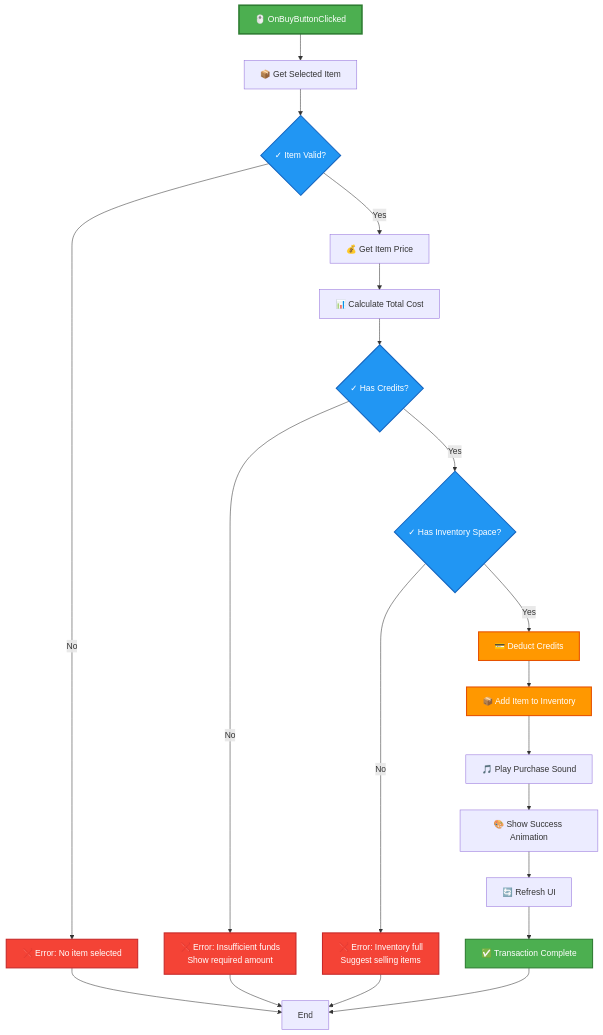
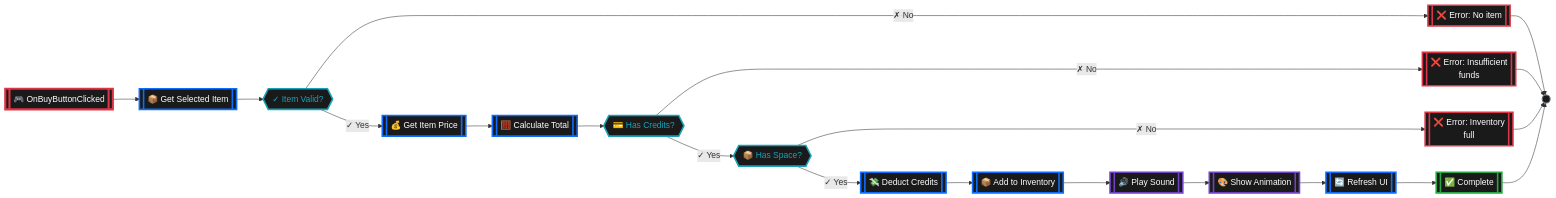
One commit to Mittenzx/Adastrea changed the second of 9 diagrams in BLUEPRINT_DISPLAY_EXAMPLES.md. Above: the diagram before and after it, drawn with Mermaid. The commit also changed other lines of this file and 2 other files, not shown here.

Commit message:
Update Mermaid diagrams with Unreal Engine node styling
- Dark background (#1a1a1a) for authentic Unreal appearance
- Color-coded borders matching UE Blueprint colors:
  * Red (#DC3545) for Events with 4px thick borders
  * Blue (#0d6efd) for Functions
  * Cyan (#17a2b8) for Branches/Decisions
  * Teal (#20c997) for Loops
  * Purple (#6f42c1) for Variables
  * Green (#28a745) for Success
  * Gray (#6c757d) for Flow Control
- Rounded rectangle nodes [[double brackets]]
- Diamond branch nodes {{double braces}}
- Circle end points (( ))
- White text for contrast
- Updated all examples in GUIDE, EXAMPLES, and CHEATSHEET

````diff
--- a/BLUEPRINT_DISPLAY_EXAMPLES.md
+++ b/BLUEPRINT_DISPLAY_EXAMPLES.md
@@ -96,33 +100,40 @@
 ```mermaid
-graph TD
-    A[🖱️ OnBuyButtonClicked] --> B[📦 Get Selected Item]
-    B --> C{✓ Item Valid?}
-    C -->|No| D[❌ Error: No item selected]
-    C -->|Yes| E[💰 Get Item Price]
-    E --> F[📊 Calculate Total Cost]
-    F --> G{✓ Has Credits?}
-    G -->|No| H[❌ Error: Insufficient funds<br/>Show required amount]
-    G -->|Yes| I{✓ Has Inventory Space?}
-    I -->|No| J[❌ Error: Inventory full<br/>Suggest selling items]
-    I -->|Yes| K[💳 Deduct Credits]
-    K --> L[📦 Add Item to Inventory]
-    L --> M[🎵 Play Purchase Sound]
-    M --> N[🎨 Show Success Animation]
-    N --> O[🔄 Refresh UI]
-    O --> P[✅ Transaction Complete]
-    D --> Q[End]
+graph LR
+    A[["🎮 OnBuyButtonClicked"]] --> B[["📦 Get Selected Item"]]
+    B --> C{{"✓ Item Valid?"}}
+    C -->|"✗ No"| D[["❌ Error: No item"]]
+    C -->|"✓ Yes"| E[["💰 Get Item Price"]]
+    E --> F[["🧮 Calculate Total"]]
+    F --> G{{"💳 Has Credits?"}}
+    G -->|"✗ No"| H[["❌ Error: Insufficient<br/>funds"]]
+    G -->|"✓ Yes"| I{{"📦 Has Space?"}}
+    I -->|"✗ No"| J[["❌ Error: Inventory<br/>full"]]
+    I -->|"✓ Yes"| K[["💸 Deduct Credits"]]
+    K --> L[["📦 Add to Inventory"]]
+    L --> M[["🔊 Play Sound"]]
+    M --> N[["🎨 Show Animation"]]
+    N --> O[["🔄 Refresh UI"]]
+    O --> P[["✅ Complete"]]
+    D --> Q(( ))
     H --> Q
     J --> Q
     P --> Q
     
-    style A fill:#4CAF50,stroke:#2E7D32,stroke-width:3px,color:#fff
-    style C fill:#2196F3,stroke:#1565C0,stroke-width:2px,color:#fff
-    style G fill:#2196F3,stroke:#1565C0,stroke-width:2px,color:#fff
-    style I fill:#2196F3,stroke:#1565C0,stroke-width:2px,color:#fff
-    style D fill:#F44336,stroke:#C62828,stroke-width:2px,color:#fff
-    style H fill:#F44336,stroke:#C62828,stroke-width:2px,color:#fff
-    style J fill:#F44336,stroke:#C62828,stroke-width:2px,color:#fff
-    style K fill:#FF9800,stroke:#E65100,stroke-width:2px,color:#fff
-    style L fill:#FF9800,stroke:#E65100,stroke-width:2px,color:#fff
-    style P fill:#4CAF50,stroke:#2E7D32,stroke-width:2px,color:#fff
+    style A fill:#1a1a1a,stroke:#DC3545,stroke-width:4px,color:#fff,rx:10,ry:10
+    style B fill:#1a1a1a,stroke:#0d6efd,stroke-width:3px,color:#fff,rx:10,ry:10
+    style C fill:#1a1a1a,stroke:#17a2b8,stroke-width:3px,color:#17a2b8
+    style D fill:#1a1a1a,stroke:#DC3545,stroke-width:3px,color:#fff,rx:10,ry:10
+    style E fill:#1a1a1a,stroke:#0d6efd,stroke-width:3px,color:#fff,rx:10,ry:10
+    style F fill:#1a1a1a,stroke:#0d6efd,stroke-width:3px,color:#fff,rx:10,ry:10
+    style G fill:#1a1a1a,stroke:#17a2b8,stroke-width:3px,color:#17a2b8
+    style H fill:#1a1a1a,stroke:#DC3545,stroke-width:3px,color:#fff,rx:10,ry:10
+    style I fill:#1a1a1a,stroke:#17a2b8,stroke-width:3px,color:#17a2b8
+    style J fill:#1a1a1a,stroke:#DC3545,stroke-width:3px,color:#fff,rx:10,ry:10
+    style K fill:#1a1a1a,stroke:#0d6efd,stroke-width:3px,color:#fff,rx:10,ry:10
+    style L fill:#1a1a1a,stroke:#0d6efd,stroke-width:3px,color:#fff,rx:10,ry:10
+    style M fill:#1a1a1a,stroke:#6f42c1,stroke-width:3px,color:#fff,rx:10,ry:10
+    style N fill:#1a1a1a,stroke:#6f42c1,stroke-width:3px,color:#fff,rx:10,ry:10
+    style O fill:#1a1a1a,stroke:#0d6efd,stroke-width:3px,color:#fff,rx:10,ry:10
+    style P fill:#1a1a1a,stroke:#28a745,stroke-width:3px,color:#fff,rx:10,ry:10
+    style Q fill:#1a1a1a,stroke:#6c757d,stroke-width:2px,color:#fff
 ```
````
